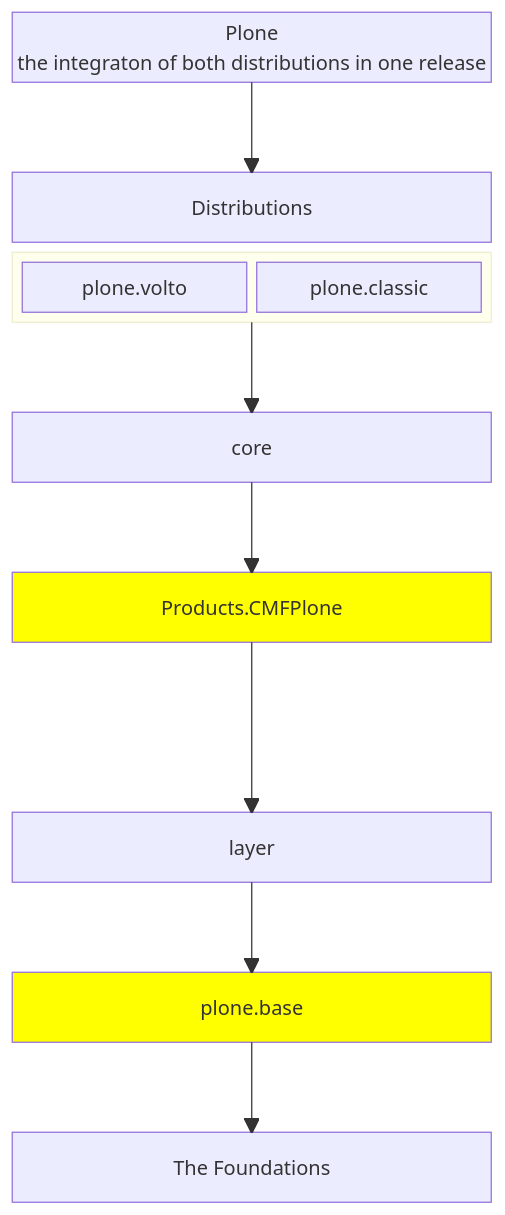
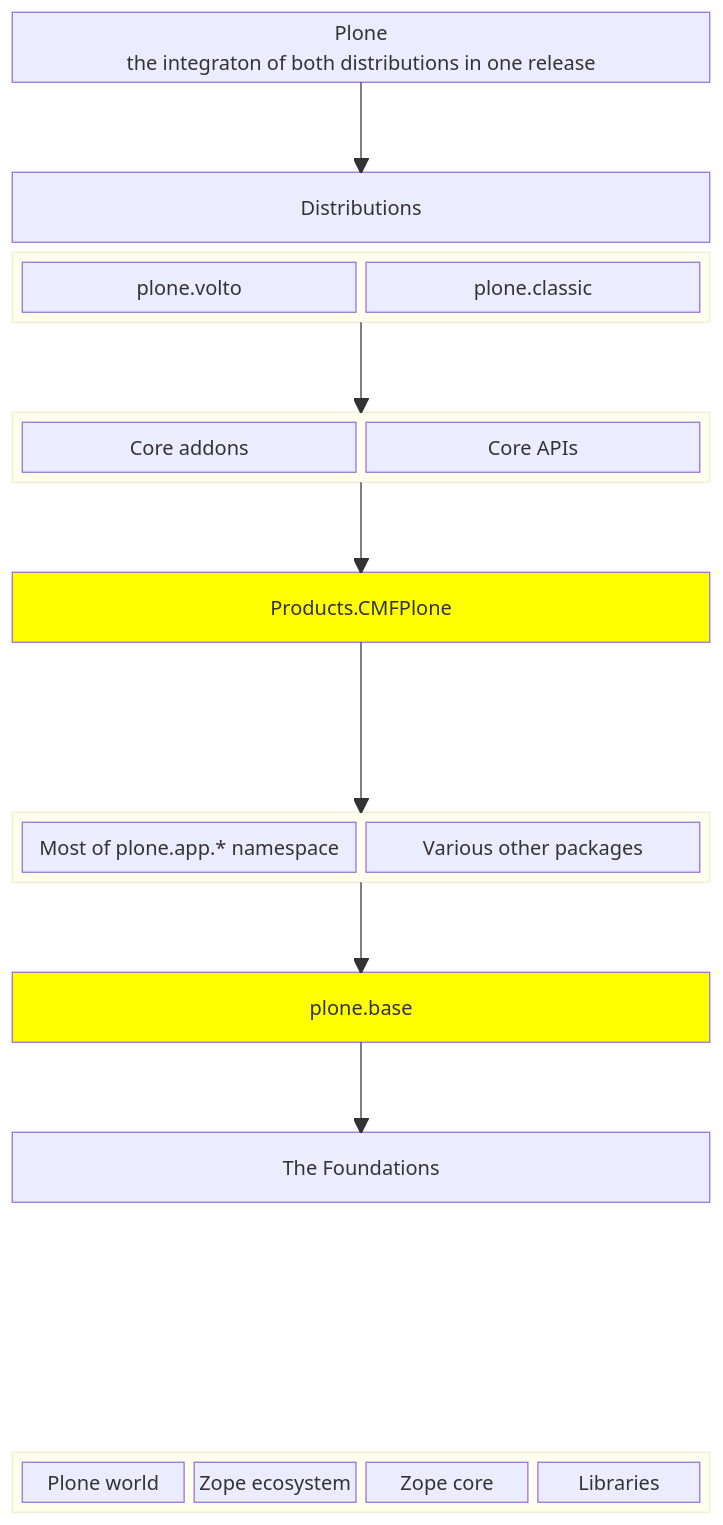
One commit to plone/documentation changed the diagram in docs/contributing/core/package-dependencies.md. Above: the diagram before and after it, drawn with Mermaid. The commit also changed other lines of this file and 2 other files, not shown here.

Commit message:
get latest (and pinned) mermaid.js

````diff
--- a/docs/contributing/core/package-dependencies.md
+++ b/docs/contributing/core/package-dependencies.md
@@ -43,39 +39,49 @@
 ```{mermaid}
-
-    block-beta
+block-beta
     columns 1
 
     Plone["Plone <br/>the integraton of both distributions in one release"]
     space
     Distributions
     block:dist
         plone.volto
         plone.classic
     end
     space
-    core
-
+    block:core
+        coreaddons["Core addons"]
+        coreapi["Core APIs"]
+    end
     space
     cmfplone["Products.CMFPlone"]
 
     space:2
 
-layer
+    block:layer
+        ploneapp["Most of plone.app.* namespace"]
+        otherlay["Various other packages"]
+    end
 
 space
 
     plonebase["plone.base"]
     space
     foundations["The Foundations"]
-
+    space:3
+        block:foundationcomponents
+           ploneworld["Plone world"]
+           zopeeco["Zope ecosystem"]
+           zopecore["Zope core"]
+           libraries["Libraries"]
+    end
     Plone --> Distributions
     dist --> core
     cmfplone --> layer
     core --> cmfplone
     layer --> plonebase
     plonebase --> foundations
 
     style cmfplone fill:#ff0
     style plonebase fill:#ff0
 
 ```
````
